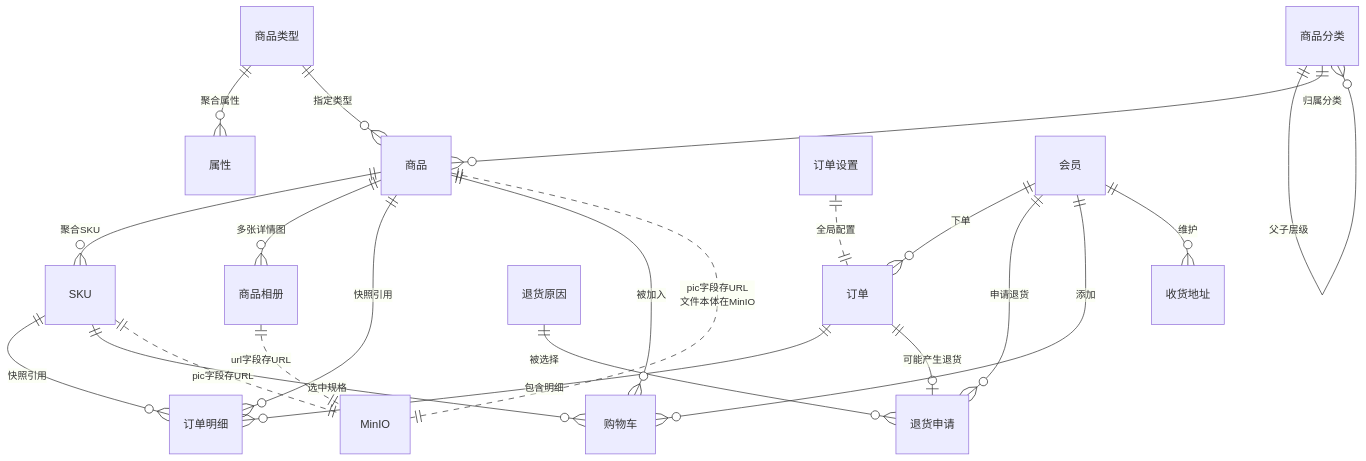
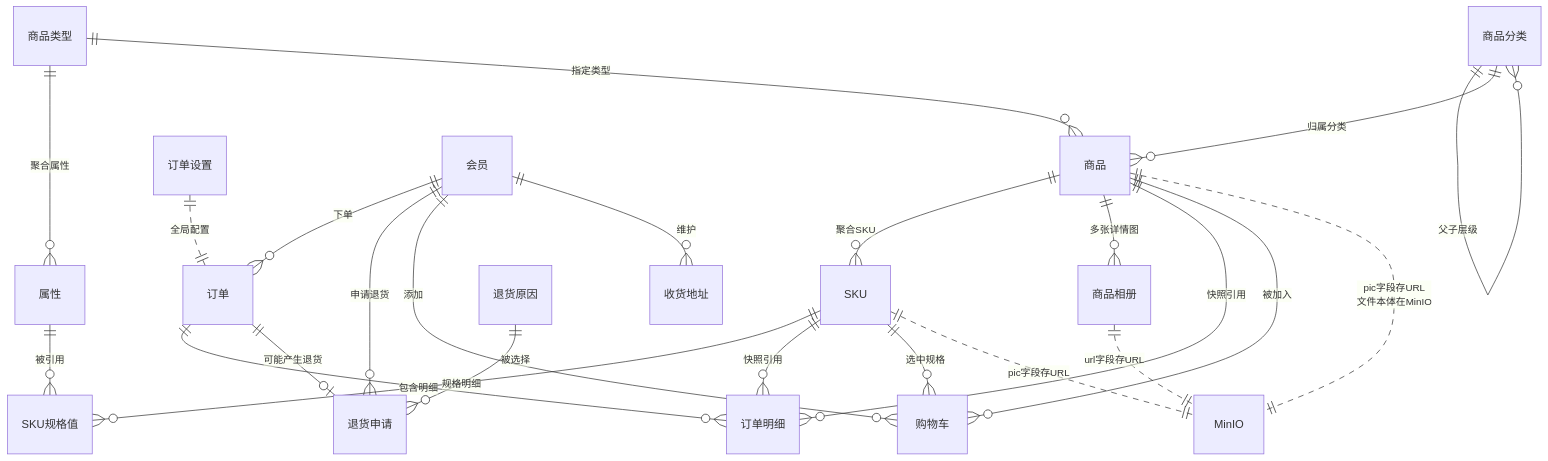
Before and after one commit to zzy-repo/qiqi-mall: the diagram in docs/er/10-ER图-总览.mmd, drawn with Mermaid. The commit also changed 31 other files, not shown here.

Commit message:
feat: 商品域按新 ER 重构（SKU规格值关联表 sku_spec / 商品相册 product_gallery / 商品与SKU主图，下单扣库存）

```diff
--- a/docs/er/10-ER图-总览.mmd
+++ b/docs/er/10-ER图-总览.mmd
@@ -1,22 +1,24 @@
 erDiagram
     商品分类 ||--o{ 商品分类 : "父子层级"
     商品分类 ||--o{ 商品 : "归属分类"
     商品类型 ||--o{ 属性 : "聚合属性"
     商品类型 ||--o{ 商品 : "指定类型"
     商品 ||--o{ SKU : "聚合SKU"
+    SKU ||--o{ SKU规格值 : "规格明细"
+    属性 ||--o{ SKU规格值 : "被引用"
     商品 ||--o{ 商品相册 : "多张详情图"
     订单 ||--o{ 订单明细 : "包含明细"
     订单 ||--o| 退货申请 : "可能产生退货"
     退货原因 ||--o{ 退货申请 : "被选择"
     订单设置 ||..|| 订单 : "全局配置"
     商品 ||--o{ 订单明细 : "快照引用"
     SKU ||--o{ 订单明细 : "快照引用"
     会员 ||--o{ 订单 : "下单"
     会员 ||--o{ 退货申请 : "申请退货"
     会员 ||--o{ 购物车 : "添加"
     商品 ||--o{ 购物车 : "被加入"
     SKU ||--o{ 购物车 : "选中规格"
     会员 ||--o{ 收货地址 : "维护"
     商品 ||..|| MinIO : "pic字段存URL<br/>文件本体在MinIO"
     SKU ||..|| MinIO : "pic字段存URL"
     商品相册 ||..|| MinIO : "url字段存URL"
```
